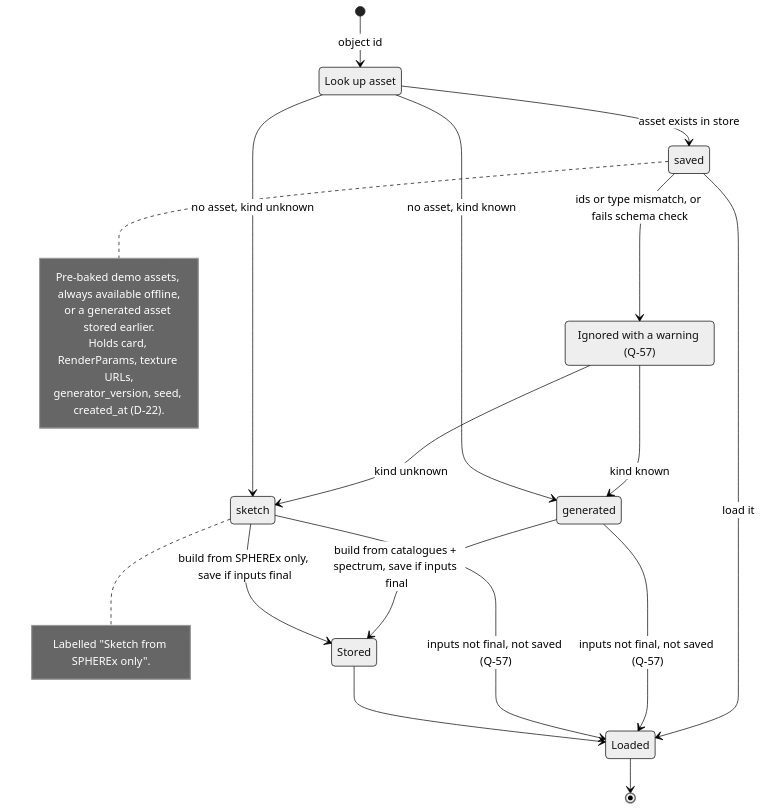
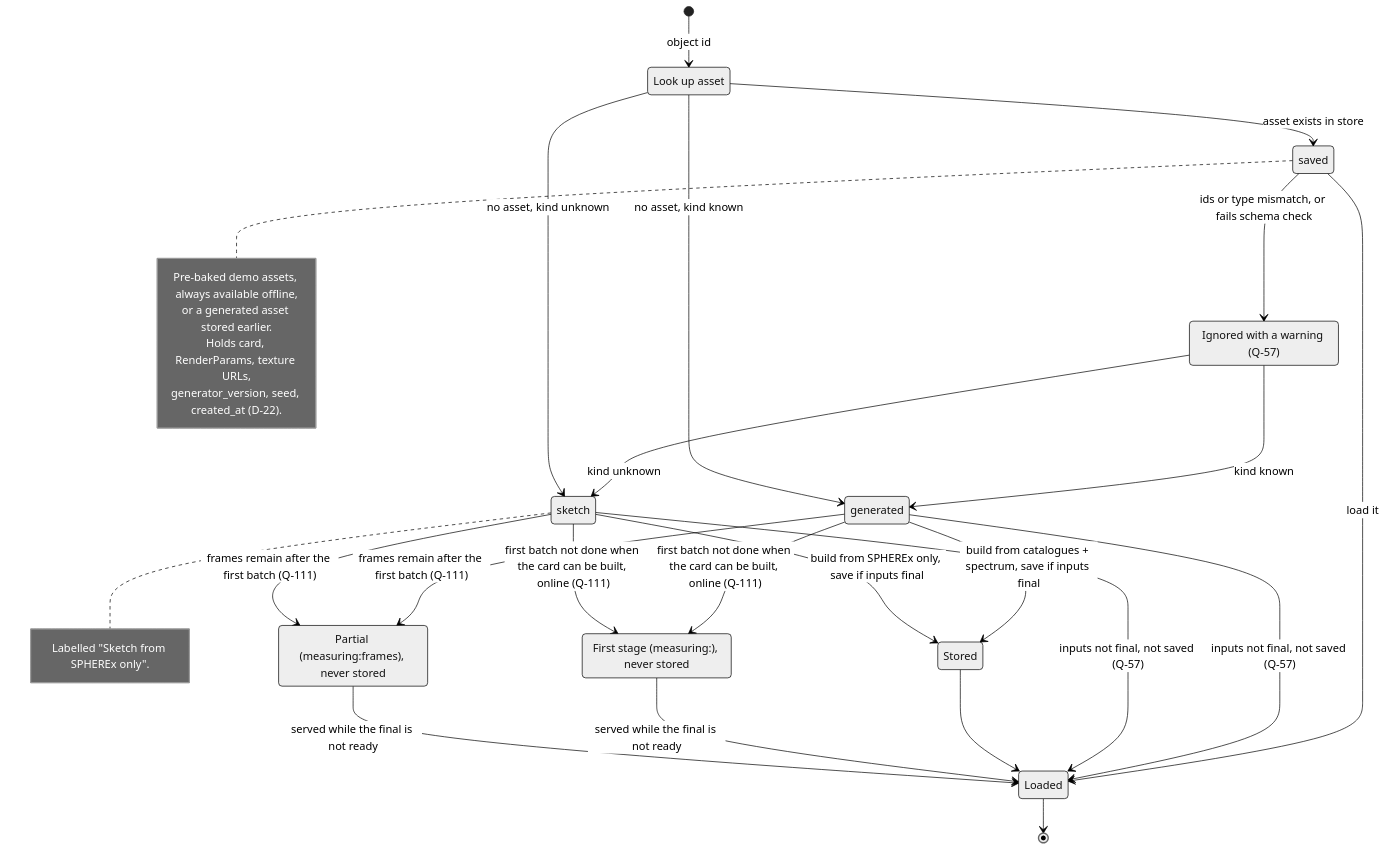
The first of 2 diagrams in docs/uml/16-state-asset-lookup.md (0ffrian/SphereX), drawn with Mermaid (neutral theme) before and after one commit. The commit also changed other lines of this file and 17 other files, not shown here.

First line of the commit message:
Resolve PR #58 review: docs and UML sync, star first-stage test, job payload model

````diff
--- a/docs/uml/16-state-asset-lookup.md
+++ b/docs/uml/16-state-asset-lookup.md
@@ -7,35 +7,43 @@
 ```mermaid
 stateDiagram-v2
   [*] --> Lookup : object id
   Lookup --> Saved : asset exists in store
   Saved --> Rejected : ids or type mismatch, or fails schema check
   Rejected --> Generated : kind known
   Rejected --> Sketch : kind unknown
   Lookup --> Generated : no asset, kind known
   Lookup --> Sketch : no asset, kind unknown
 
   state "Look up asset" as Lookup
   state "saved" as Saved
   state "Ignored with a warning (Q-57)" as Rejected
   state "generated" as Generated
   state "sketch" as Sketch
   state "Stored" as Stored
+  state "First stage (measuring:), never stored" as FirstStage
+  state "Partial (measuring:frames), never stored" as Partial
 
   Saved --> Loaded : load it
   Generated --> Stored : build from catalogues + spectrum, save if inputs final
   Sketch --> Stored : build from SPHEREx only, save if inputs final
   Generated --> Loaded : inputs not final, not saved (Q-57)
   Sketch --> Loaded : inputs not final, not saved (Q-57)
   Stored --> Loaded
+  Generated --> FirstStage : first batch not done when the card can be built, online (Q-111)
+  Sketch --> FirstStage : first batch not done when the card can be built, online (Q-111)
+  Generated --> Partial : frames remain after the first batch (Q-111)
+  Sketch --> Partial : frames remain after the first batch (Q-111)
+  FirstStage --> Loaded : served while the final is not ready
+  Partial --> Loaded : served while the final is not ready
   Loaded --> [*]
 
   note right of Sketch
     Labelled "Sketch from SPHEREx only".
   end note
   note right of Saved
     Pre-baked demo assets, always available offline,
     or a generated asset stored earlier.
     Holds card, RenderParams, texture URLs,
     generator_version, seed, created_at (D-22).
   end note
 ```
````
